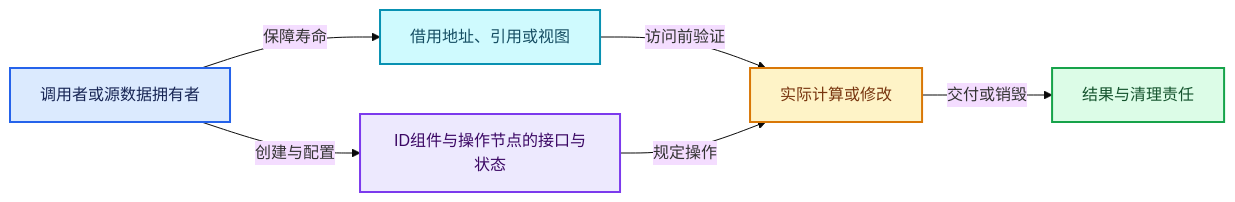
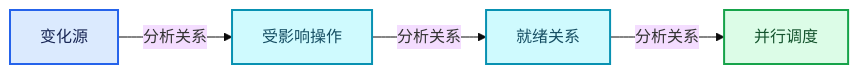
The third of 4 diagrams in 杂/markdown/全面学习-codex/11-Depsgraph与并行任务系统/02-ID组件与操作节点.md (yunkezengren/blender-.vscode), drawn with Mermaid (base theme) before and after one commit. The commit also changed other lines of this file and 1930 other files, not shown here.

````diff
--- a/杂/markdown/全面学习-codex/11-Depsgraph与并行任务系统/02-ID组件与操作节点.md
+++ b/杂/markdown/全面学习-codex/11-Depsgraph与并行任务系统/02-ID组件与操作节点.md
@@ -1521,19 +64,16 @@
 ```mermaid
 flowchart LR
-  O["调用者或源数据拥有者"]:::input
-  V["ID组件与操作节点的接口与状态"]:::abstraction
-  B["借用地址、引用或视图"]:::data
-  W["实际计算或修改"]:::compute
-  R["结果与清理责任"]:::result
-  O -->|"创建与配置"| V
-  O -->|"保障寿命"| B
-  B -->|"访问前验证"| W
-  V -->|"规定操作"| W
-  W -->|"交付或销毁"| R
+  P0["变化源"]:::input
+  P1["受影响操作"]:::data
+  P2["就绪关系"]:::data
+  P3["并行调度"]:::result
+  P0 -->|"分析关系"| P1
+  P1 -->|"分析关系"| P2
+  P2 -->|"分析关系"| P3
   classDef input fill:#DBEAFE,stroke:#2563EB,color:#172554,stroke-width:2px;
   classDef data fill:#CFFAFE,stroke:#0891B2,color:#164E63,stroke-width:2px;
   classDef abstraction fill:#EDE9FE,stroke:#7C3AED,color:#3B0764,stroke-width:2px;
   classDef compute fill:#FEF3C7,stroke:#D97706,color:#78350F,stroke-width:2px;
   classDef result fill:#DCFCE7,stroke:#16A34A,color:#14532D,stroke-width:2px;
   classDef error fill:#FEE2E2,stroke:#DC2626,color:#7F1D1D,stroke-width:2px;
 ```
````
